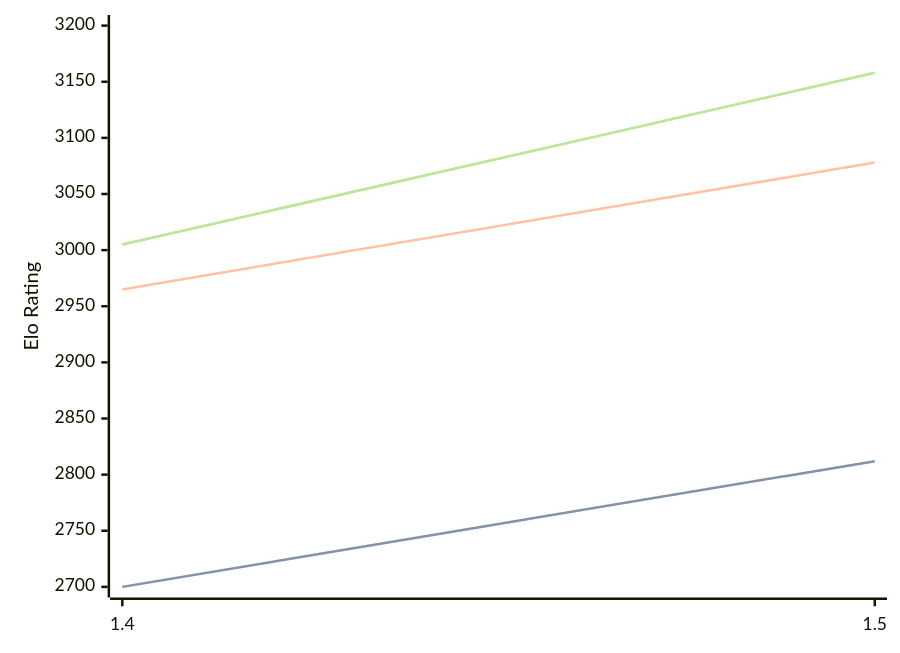
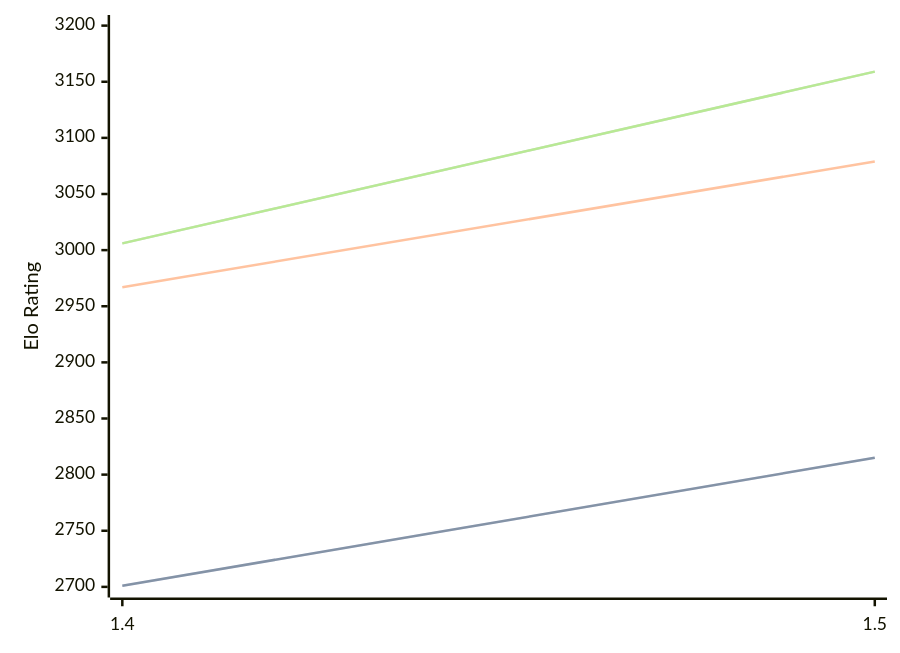
Before and after one commit to computer-chess-index/cci: the diagram in engines/Yakka.md, drawn with Mermaid. The commit also changed other lines of this file, not shown here.

Commit message:
Update CCI Ratings (ELO VLTC) - 2026-05-06

````diff
--- a/engines/Yakka.md
+++ b/engines/Yakka.md
@@ -36,11 +36,11 @@
 ```mermaid
 %%{init: {"theme":"base","themeVariables":{"seriesColors:['#a3a3a3','#222221','#faa371']}}}%%
 xychart-beta
   x-axis ["1.4", "1.5"]
   y-axis "Elo Rating" 2700 --> 3200
-  line "STC (8.0+0.08s)" [2700, 2812]
-  line "STC (8.0+0.08s)" [2700, 2812]
-  line "LTC (60.0+0.60s)" [2965, 3078]
-  line "VLTC (2m24s+1.12s)" [3005, 3158]
-  line "VLTC (2m24s+1.12s)" [3005, 3158]
+  line "STC (8.0+0.08s)" [2701, 2815]
+  line "STC (8.0+0.08s)" [2701, 2815]
+  line "LTC (60.0+0.60s)" [2967, 3079]
+  line "VLTC (2m24s+1.12s)" [3006, 3159]
+  line "VLTC (2m24s+1.12s)" [3006, 3159]
 ```
````
